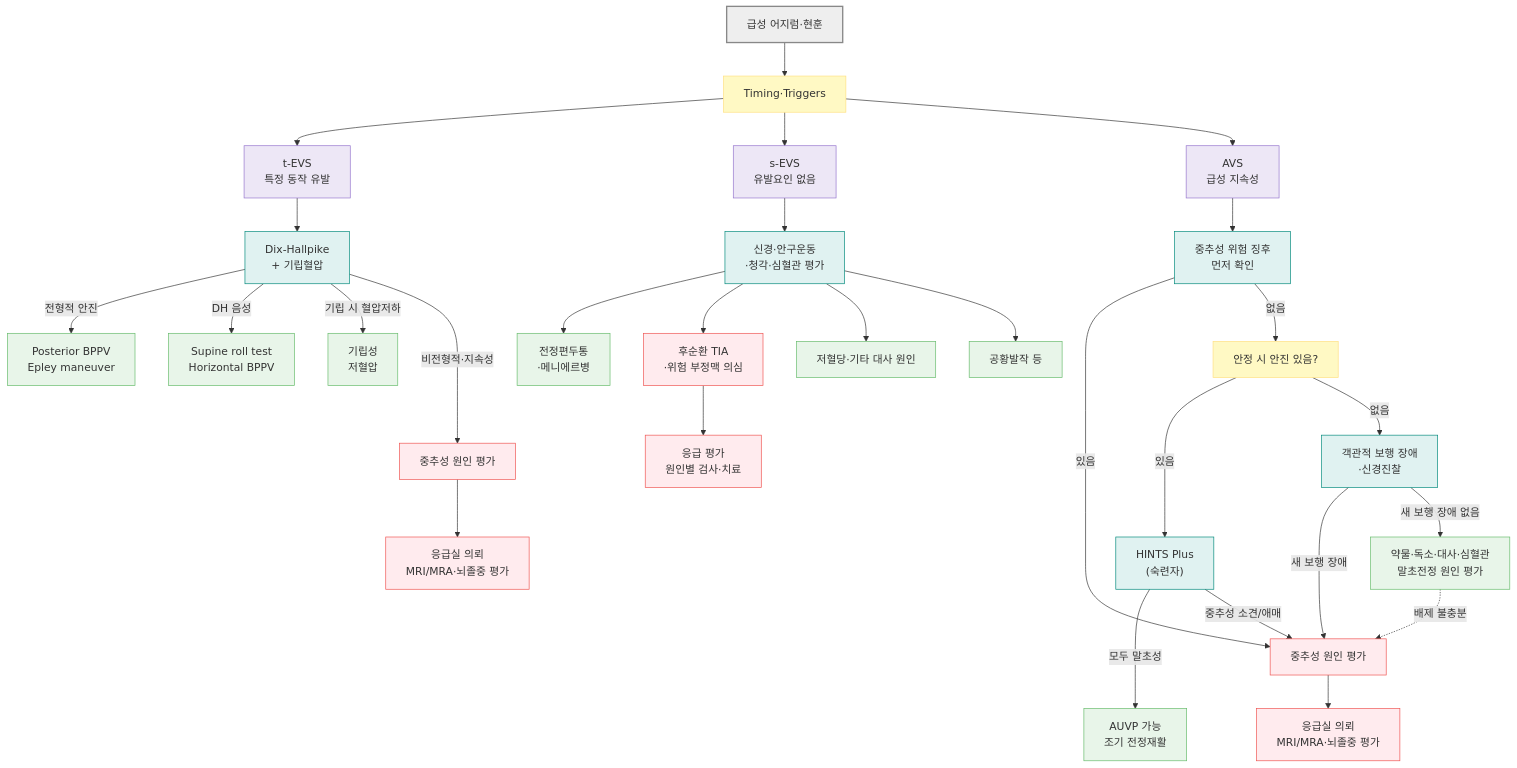
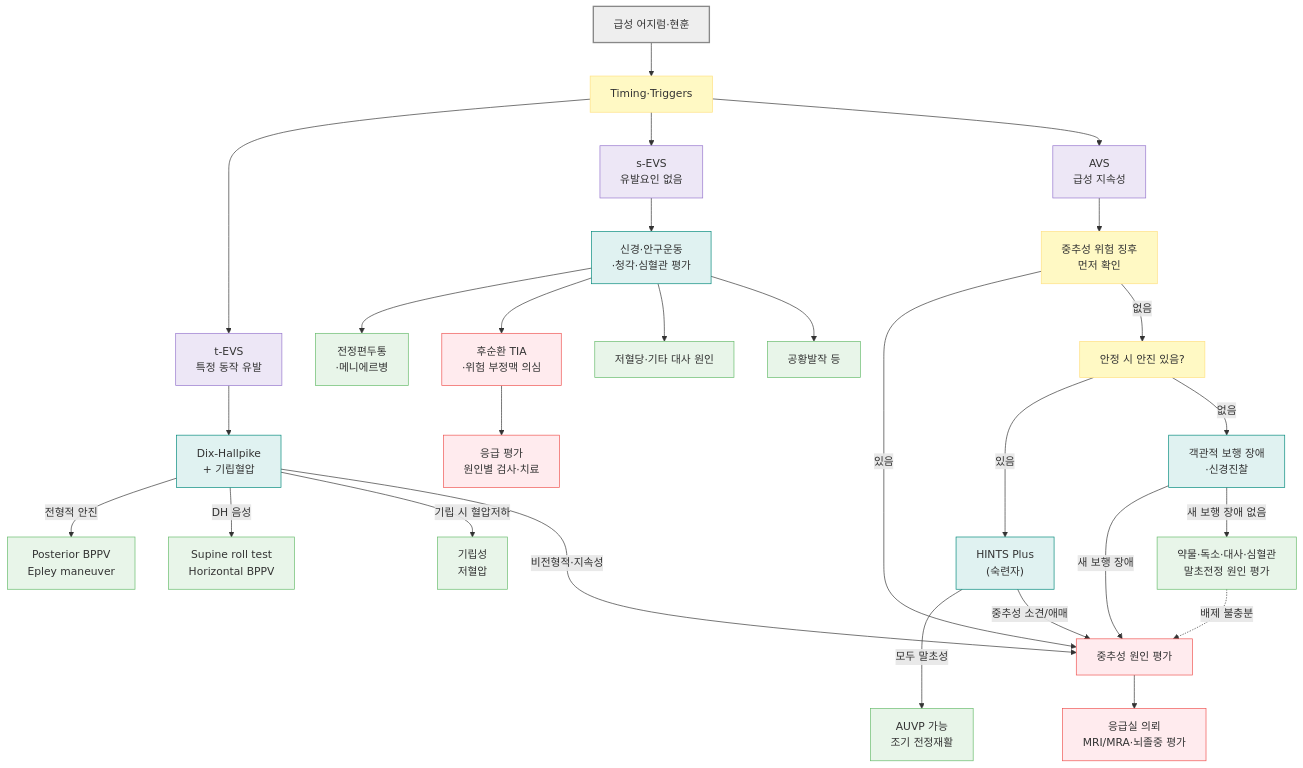
One commit to familyoh77/familyoh77 changed the diagram in 221_/020_-dizziness.md. Above: the diagram before and after it, drawn with Mermaid. The commit also changed other lines of this file and 4 other files, not shown here.

````diff
--- a/221_/020_-dizziness.md
+++ b/221_/020_-dizziness.md
@@ -366,49 +371,48 @@
 ```mermaid
 flowchart TD
     A["급성 어지럼·현훈"] --> B["Timing·Triggers"]
     B --> C["t-EVS<br/>특정 동작 유발"]
     B --> D["s-EVS<br/>유발요인 없음"]
     B --> E["AVS<br/>급성 지속성"]
 
     C --> C1["Dix-Hallpike <br/>+ 기립혈압"]
     C1 -->|"전형적 안진"| C2["Posterior BPPV<br/>Epley maneuver"]
     C1 -->|"DH 음성"| C3["Supine roll test<br/>Horizontal BPPV"]
     C1 -->|"기립 시 혈압저하"| C4["기립성 <br/>저혈압"]
     C1 --->|"비전형적·지속성"| X["중추성 원인 평가"]
 
     D --> D1["신경·안구운동<br/>·청각·심혈관 평가"]
     D1 --> D2["전정편두통<br/>·메니에르병"]
     D1 --> D3["후순환 TIA<br/>·위험 부정맥 의심"]
     D1 --> D5["저혈당·기타 대사 원인"]
     D1 --> D4["공황발작 등"]
     D3 --> Y2["응급 평가<br/>원인별 검사·치료"]
 
     E --> E0["중추성 위험 징후<br/>먼저 확인"]
-    E0 -->|"있음"| X1
+    E0 -->|"있음"| X
     E0 -->|"없음"| E1["안정 시 안진 있음?"]
     E1 -->|"있음"| E2["HINTS Plus<br/>(숙련자)"]
     E2 --->|"모두 말초성"| E3["AUVP 가능<br/>조기 전정재활"]
-    E2 -->|"중추성 소견/애매"| X1["중추성 원인 평가"]
+    E2 -->|"중추성 소견/애매"| X
     E1 -->|"없음"| E4["객관적 보행 장애<br/>·신경진찰"]
-    E4 -->|"새 보행 장애"| X1
+    E4 -->|"새 보행 장애"| X
     E4 -->|"새 보행 장애 없음"| E5["약물·독소·대사·심혈관<br/>말초전정 원인 평가"]
-    E5 -.->|"배제 불충분"| X1
+    E5 -.->|"배제 불충분"| X
 
     X --> Y["응급실 의뢰<br/>MRI/MRA·뇌졸중 평가"]
-    X1 --> Y1["응급실 의뢰<br/>MRI/MRA·뇌졸중 평가"]
 
     classDef start fill:#eeeeee,stroke:#888888,stroke-width:2px
     classDef branch fill:#fff9c4,stroke:#ffe082
     classDef category fill:#ede7f6,stroke:#9575cd
     classDef process fill:#e0f2f1,stroke:#00897b
     classDef outcome fill:#e8f5e9,stroke:#66bb6a
     classDef urgent fill:#ffebee,stroke:#ef5350
 
     class A start
-    class B,E1 branch
+    class B,E0,E1 branch
     class C,D,E category
-    class C1,D1,E0,E2,E4 process
+    class C1,D1,E2,E4 process
     class C2,C3,C4,D2,D4,D5,E3,E5 outcome
-    class X,Y,X1,Y1,D3,Y2 urgent
+    class X,Y,D3,Y2 urgent
 
 ```
````
